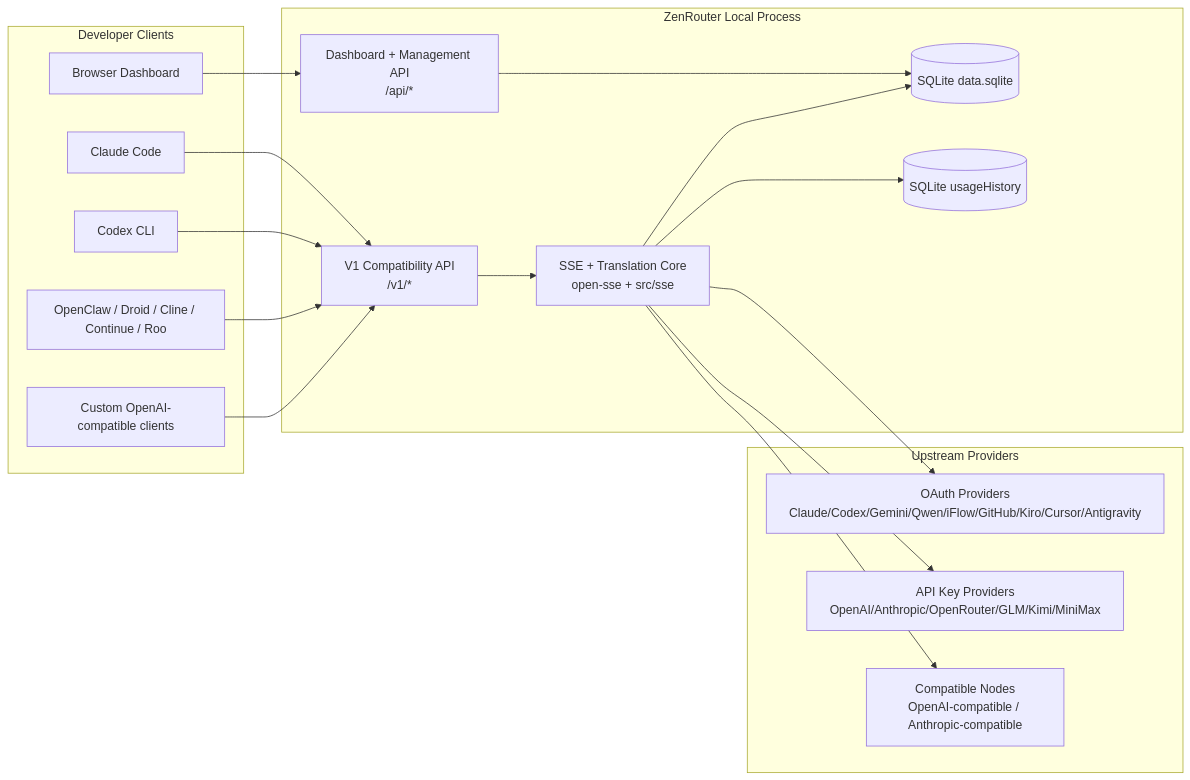
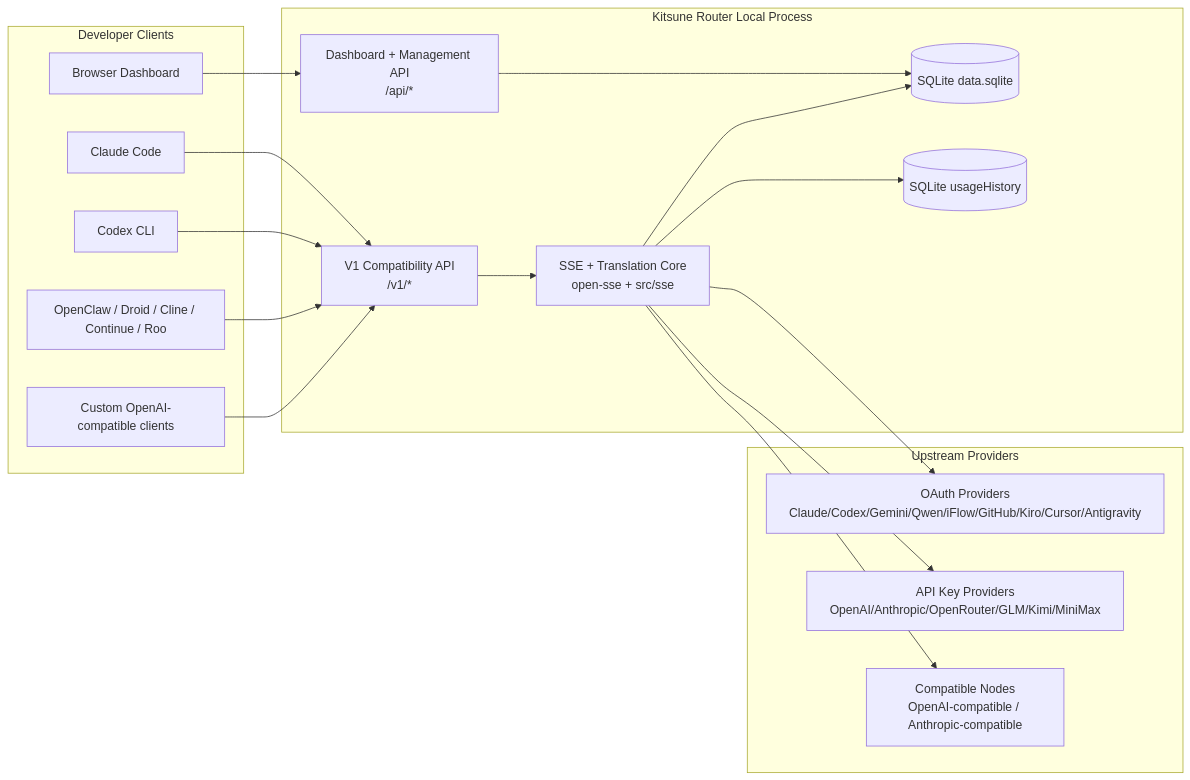
The first of 6 diagrams in docs/ARCHITECTURE.md (ByKitsune/kitsune-router), drawn with Mermaid before and after one commit. The commit also changed other lines of this file and 628 other files, not shown here.

Commit message:
feat!: rebrand gateway as Kitsune Router with safe state migration

````diff
--- a/docs/ARCHITECTURE.md
+++ b/docs/ARCHITECTURE.md
@@ -45,40 +47,40 @@
 ```mermaid
 flowchart LR
     subgraph Clients[Developer Clients]
         C1[Claude Code]
         C2[Codex CLI]
         C3[OpenClaw / Droid / Cline / Continue / Roo]
         C4[Custom OpenAI-compatible clients]
         BROWSER[Browser Dashboard]
     end
 
-    subgraph Router[ZenRouter Local Process]
+    subgraph Router[Kitsune Router Local Process]
         API[V1 Compatibility API\n/v1/*]
         DASH[Dashboard + Management API\n/api/*]
         CORE[SSE + Translation Core\nopen-sse + src/sse]
         DB[(SQLite data.sqlite)]
         UDB[(SQLite usageHistory)]
     end
 
     subgraph Upstreams[Upstream Providers]
         P1[OAuth Providers\nClaude/Codex/Gemini/Qwen/iFlow/GitHub/Kiro/Cursor/Antigravity]
         P2[API Key Providers\nOpenAI/Anthropic/OpenRouter/GLM/Kimi/MiniMax]
         P3[Compatible Nodes\nOpenAI-compatible / Anthropic-compatible]
     end
 
     C1 --> API
     C2 --> API
     C3 --> API
     C4 --> API
     BROWSER --> DASH
 
     API --> CORE
     DASH --> DB
     CORE --> DB
     CORE --> UDB
 
     CORE --> P1
     CORE --> P2
     CORE --> P3
 
 ```
````
